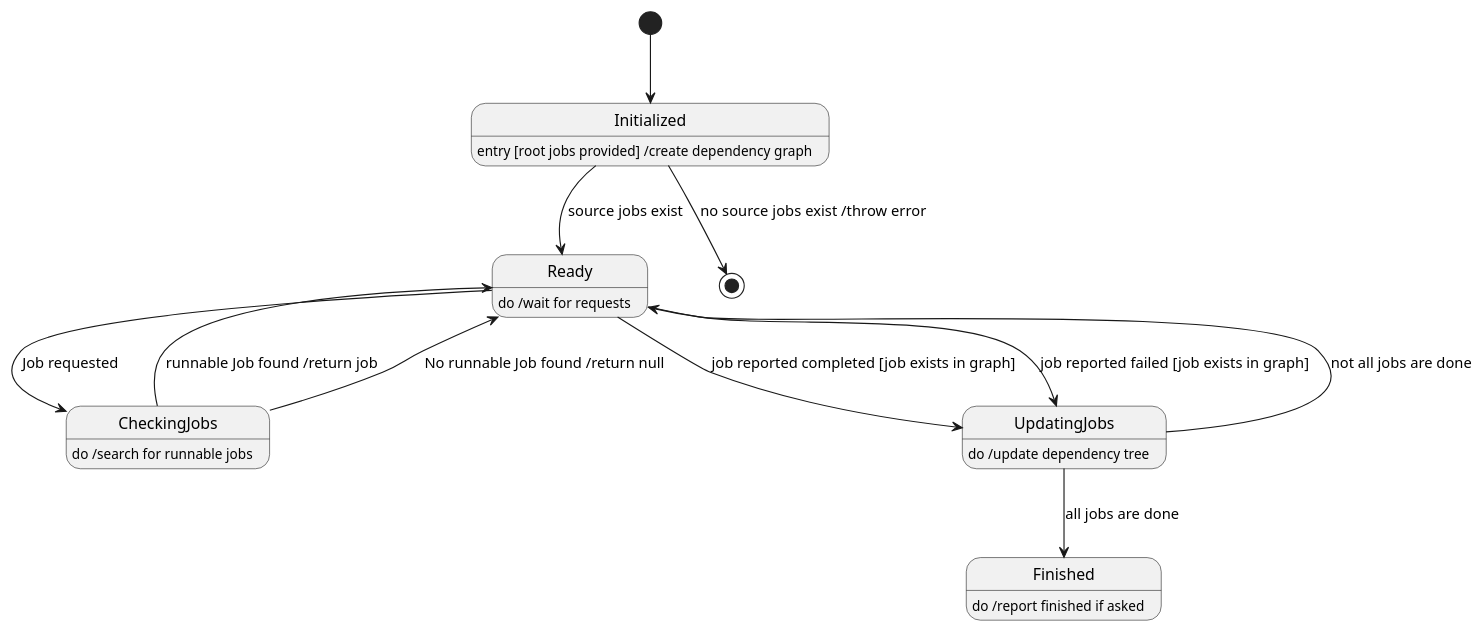
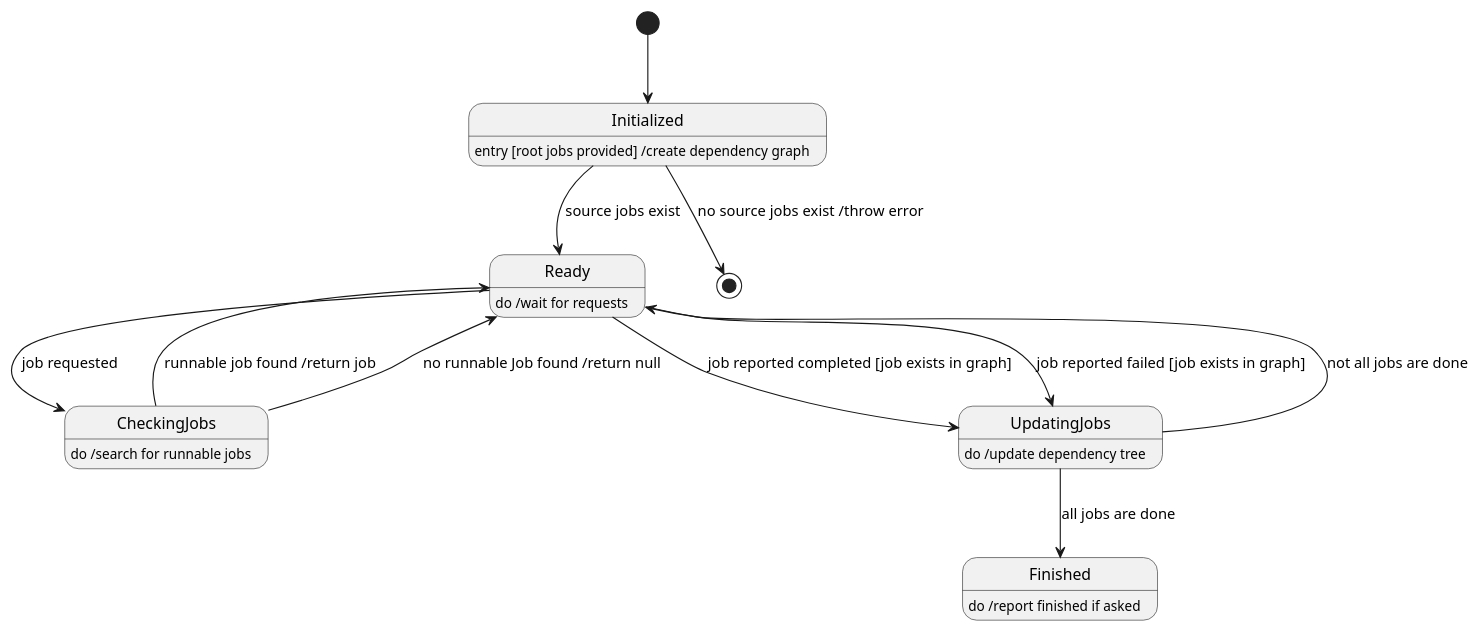
The diagram in StateMachine/JobOrdererStateMachine.plantuml (cs130-w21/1), drawn with PlantUML before and after one commit.

Commit message:
consistency

```diff
--- a/StateMachine/JobOrdererStateMachine.plantuml
+++ b/StateMachine/JobOrdererStateMachine.plantuml
@@ -1,25 +1,24 @@
 @startuml JobOrdererStateMachine
 
 [*] --> Initialized
 
 Initialized: entry [root jobs provided] /create dependency graph
 Initialized --> Ready: source jobs exist
 Initialized --> [*]: no source jobs exist /throw error
 
 Ready: do /wait for requests
-Ready --> CheckingJobs: Job requested
+Ready --> CheckingJobs: job requested
 Ready --> UpdatingJobs: job reported completed [job exists in graph]
 Ready --> UpdatingJobs: job reported failed [job exists in graph]
 
 CheckingJobs: do /search for runnable jobs
-CheckingJobs --> Ready: runnable Job found /return job
-CheckingJobs --> Ready: No runnable Job found /return null
+CheckingJobs --> Ready: runnable job found /return job
+CheckingJobs --> Ready: no runnable Job found /return null
 
 UpdatingJobs: do /update dependency tree
 UpdatingJobs --> Ready: not all jobs are done
 UpdatingJobs --> Finished: all jobs are done
 
 Finished: do /report finished if asked
 
-
 @enduml
```
